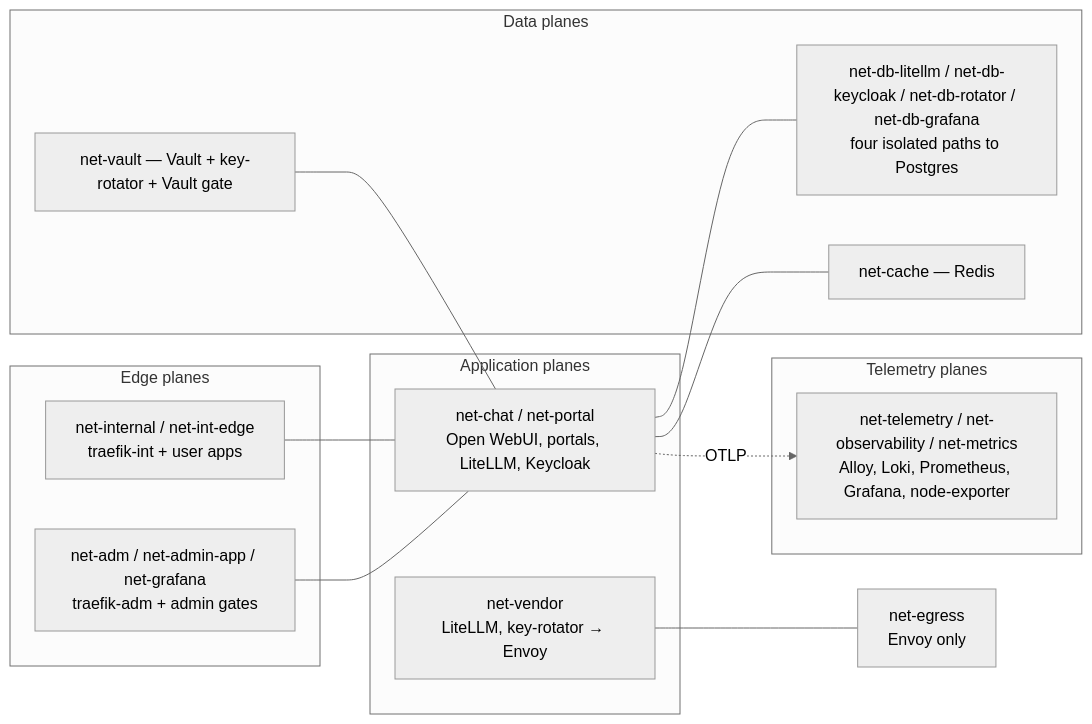
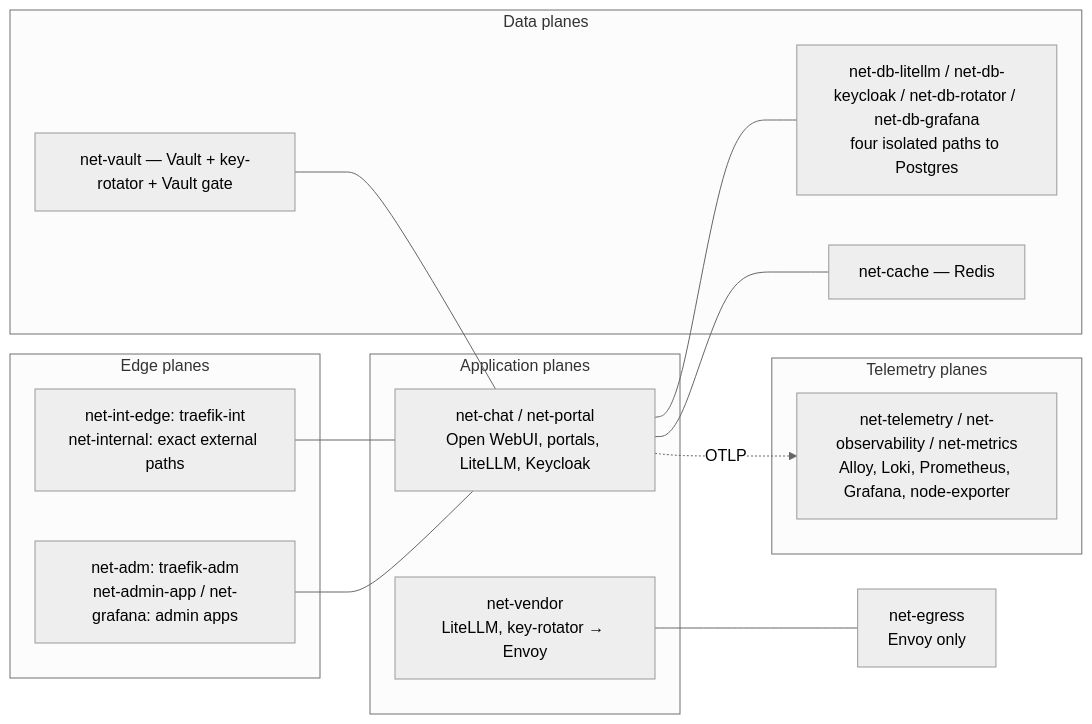
One commit to derhornspieler/ai-gateway changed the third of 14 diagrams in docs/architecture-diagrams.md. Above: the diagram before and after it, drawn with Mermaid (neutral theme). The commit also changed other lines of this file, not shown here.

Commit message:
docs(diagrams): align all architecture flows

````diff
--- a/docs/architecture-diagrams.md
+++ b/docs/architecture-diagrams.md
@@ -124,26 +118,26 @@
 ```mermaid
 flowchart LR
   subgraph edge [Edge planes]
-    E1[net-internal / net-int-edge<br/>traefik-int + user apps]
-    E2[net-adm / net-admin-app / net-grafana<br/>traefik-adm + admin gates]
+    E1[net-int-edge: traefik-int<br/>net-internal: exact external paths]
+    E2[net-adm: traefik-adm<br/>net-admin-app / net-grafana: admin apps]
   end
   subgraph app [Application planes]
     A1[net-chat / net-portal<br/>Open WebUI, portals, LiteLLM, Keycloak]
     A2[net-vendor<br/>LiteLLM, key-rotator → Envoy]
   end
   subgraph data [Data planes]
     D1[net-db-litellm / net-db-keycloak / net-db-rotator / net-db-grafana<br/>four isolated paths to Postgres]
     D2[net-cache — Redis]
     D3[net-vault — Vault + key-rotator + Vault gate]
   end
   subgraph obs [Telemetry planes]
     O1[net-telemetry / net-observability / net-metrics<br/>Alloy, Loki, Prometheus, Grafana, node-exporter]
   end
   E1 --- A1
   E2 --- A1
   A1 --- D1
   A1 --- D2
   A2 --- G[net-egress<br/>Envoy only]
   A1 -.OTLP.-> O1
   D3 --- A1
 ```
````
